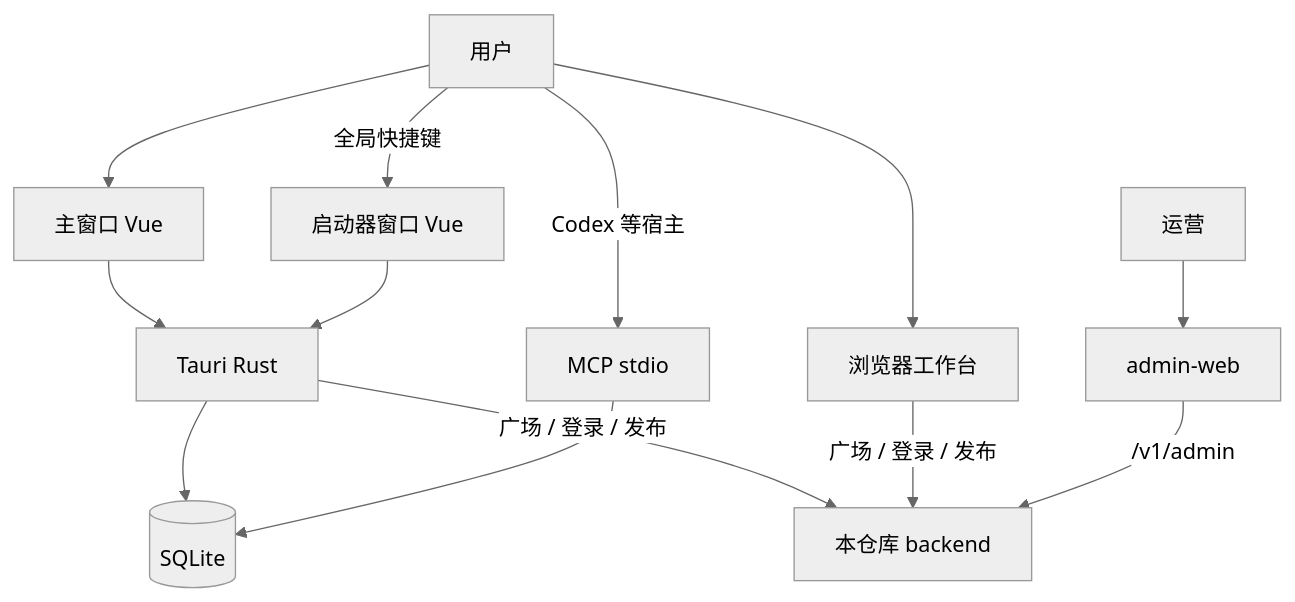
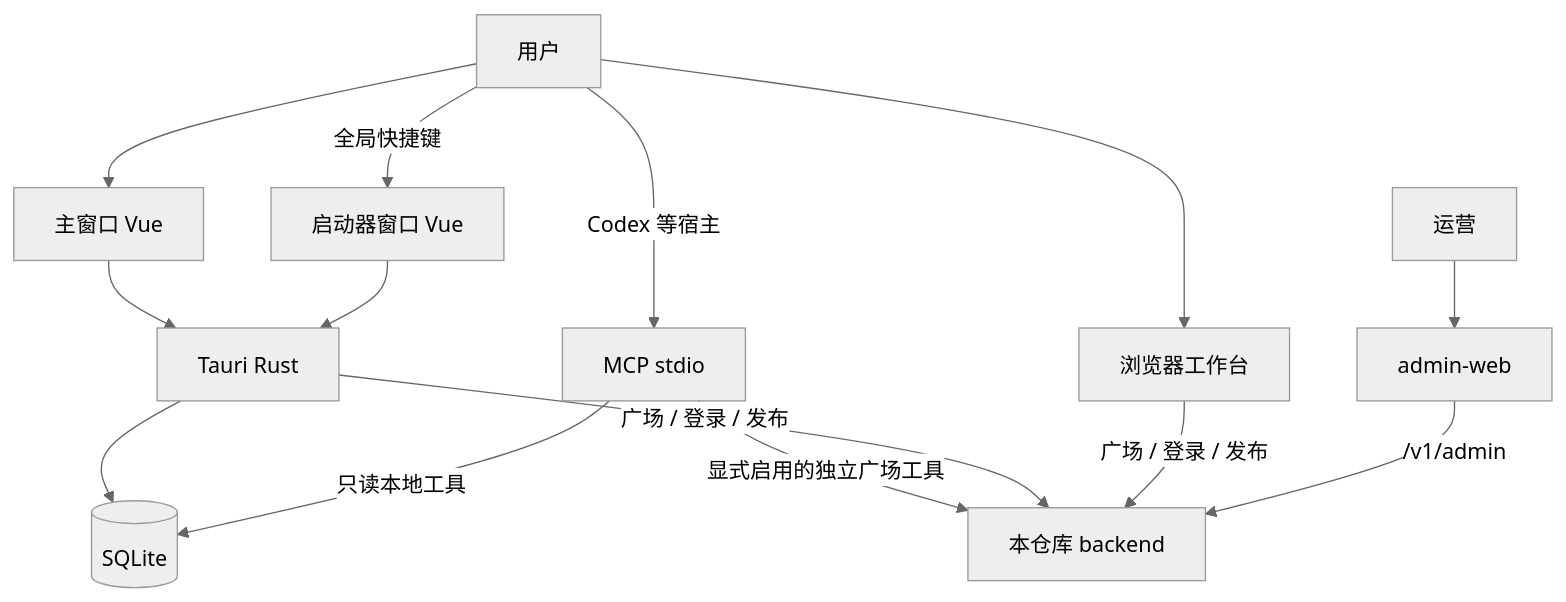
One commit to sutao2/CueTuck changed the diagram in docs/architecture/overview.md. Above: the diagram before and after it, drawn with Mermaid (neutral theme). The commit also changed other lines of this file and 3 other files, not shown here.

Commit message:
docs: align current status and architecture with shipped capabilities

````diff
--- a/docs/architecture/overview.md
+++ b/docs/architecture/overview.md
@@ -11,25 +11,26 @@
 ```mermaid
 flowchart TB
   user[用户]
   operator[运营]
   main[主窗口 Vue]
   launcher[启动器窗口 Vue]
   rust[Tauri Rust]
   sqlite[(SQLite)]
   api[本仓库 backend]
   adminWeb[admin-web]
   webApp[浏览器工作台]
   mcp[MCP stdio]
   user --> main
   user -->|全局快捷键| launcher
   user --> webApp
   user -->|Codex 等宿主| mcp
   operator --> adminWeb
   main --> rust
   launcher --> rust
   rust --> sqlite
-  mcp --> sqlite
+  mcp -->|只读本地工具| sqlite
+  mcp -->|显式启用的独立广场工具| api
   rust -->|广场 / 登录 / 发布| api
   webApp -->|广场 / 登录 / 发布| api
   adminWeb -->|/v1/admin| api
 ```
````
